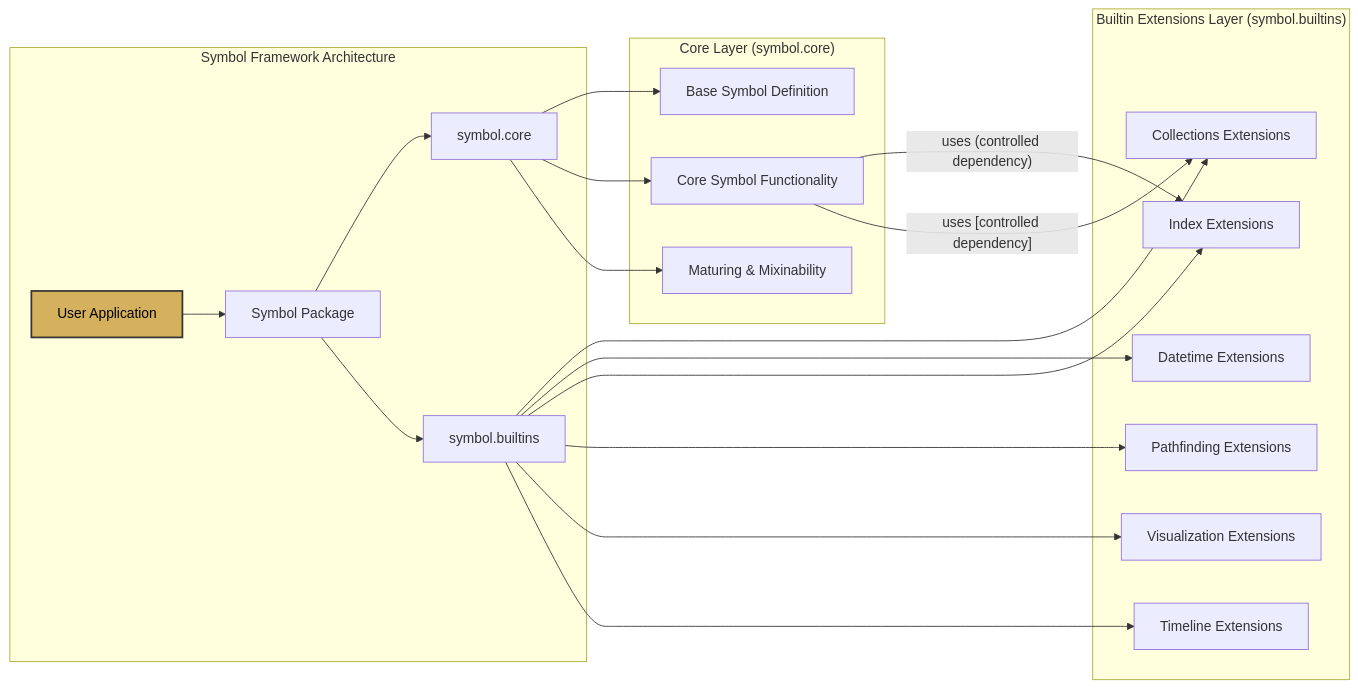
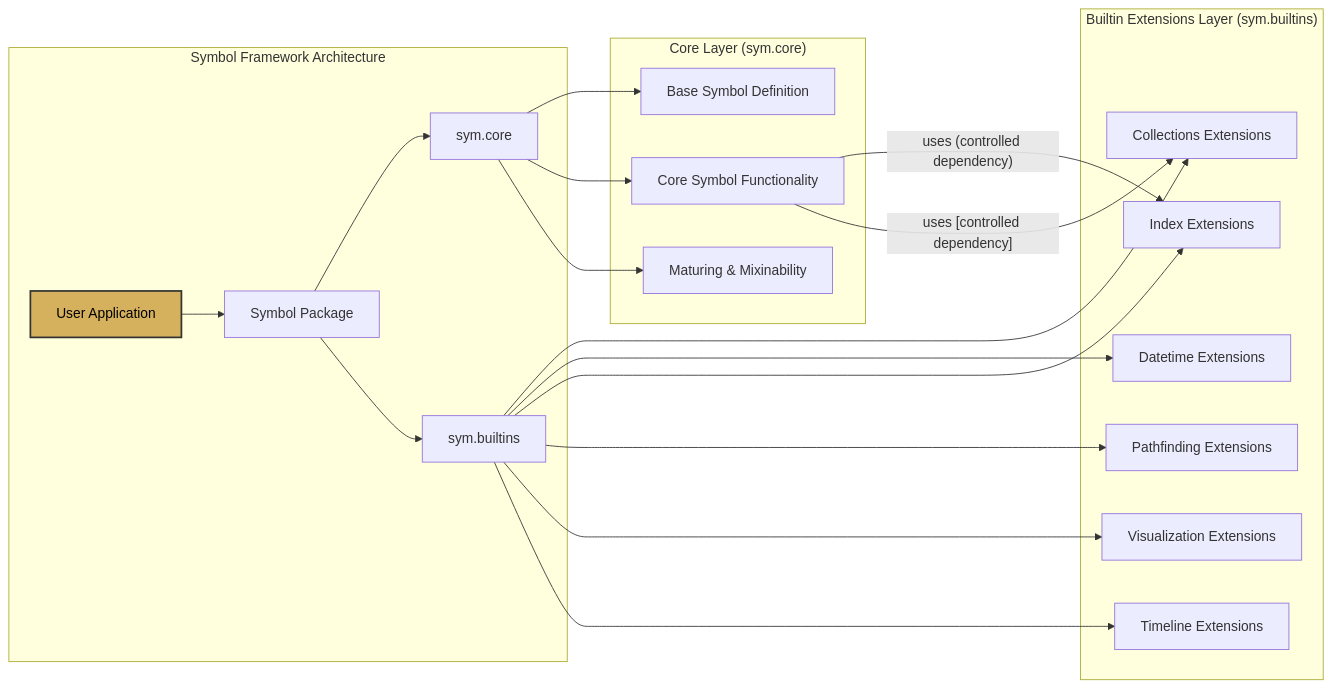
One commit to ikko/sym changed the diagram in docs/topics/3_layered_architecture/layered_architecture-lr.mmd. Above: the diagram before and after it, drawn with Mermaid. The commit also changed 104 other files, not shown here.

```diff
--- a/docs/topics/3_layered_architecture/layered_architecture-lr.mmd
+++ b/docs/topics/3_layered_architecture/layered_architecture-lr.mmd
@@ -1,28 +1,28 @@
 graph LR
     subgraph "Symbol Framework Architecture"
         A[User Application] --> B[Symbol Package];
-        B --> C[symbol.core];
-        B --> D[symbol.builtins];
+        B --> C[sym.core];
+        B --> D[sym.builtins];
     end
 
-    subgraph "Core Layer #40;symbol.core#41;"
+    subgraph "Core Layer #40;sym.core#41;"
         C --> C1[Base Symbol Definition];
         C --> C2[Core Symbol Functionality];
         C --> C3[Maturing & Mixinability];
     end
 
-    subgraph "Builtin Extensions Layer #40;symbol.builtins#41;"
+    subgraph "Builtin Extensions Layer #40;sym.builtins#41;"
         D --> D1[Collections Extensions];
         D --> D2[Datetime Extensions];
         D --> D3[Index Extensions];
         D --> D4[Pathfinding Extensions];
         D --> D5[Visualization Extensions];
         D --> D6[Timeline Extensions];
     end
 
     C2 -- "uses #40;controlled dependency#41;" --> D3;
     C2 -- "uses [controlled dependency]" --> D1;
 
     style A fill:#d5b05d,stroke:#333,stroke-width:2px,color:#000000;
 
     style A fill:#d5b05d,stroke:#333,stroke-width:2px,color:#000000;
```
